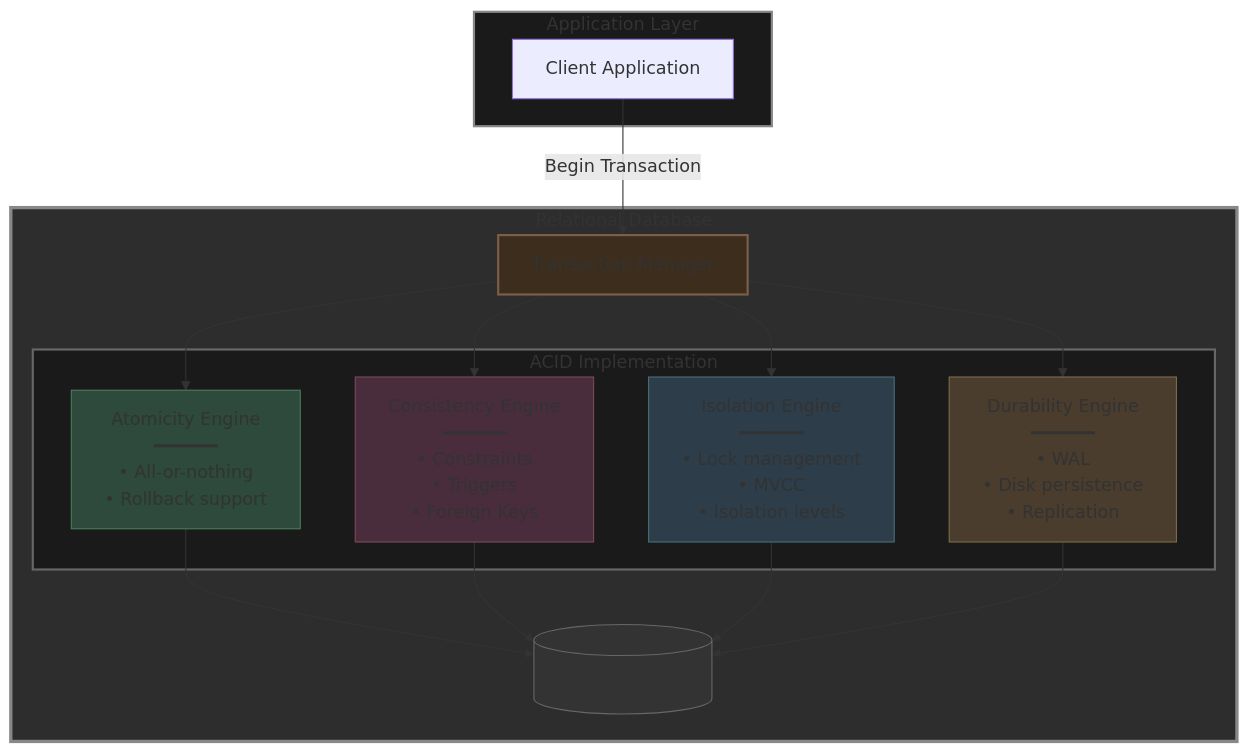
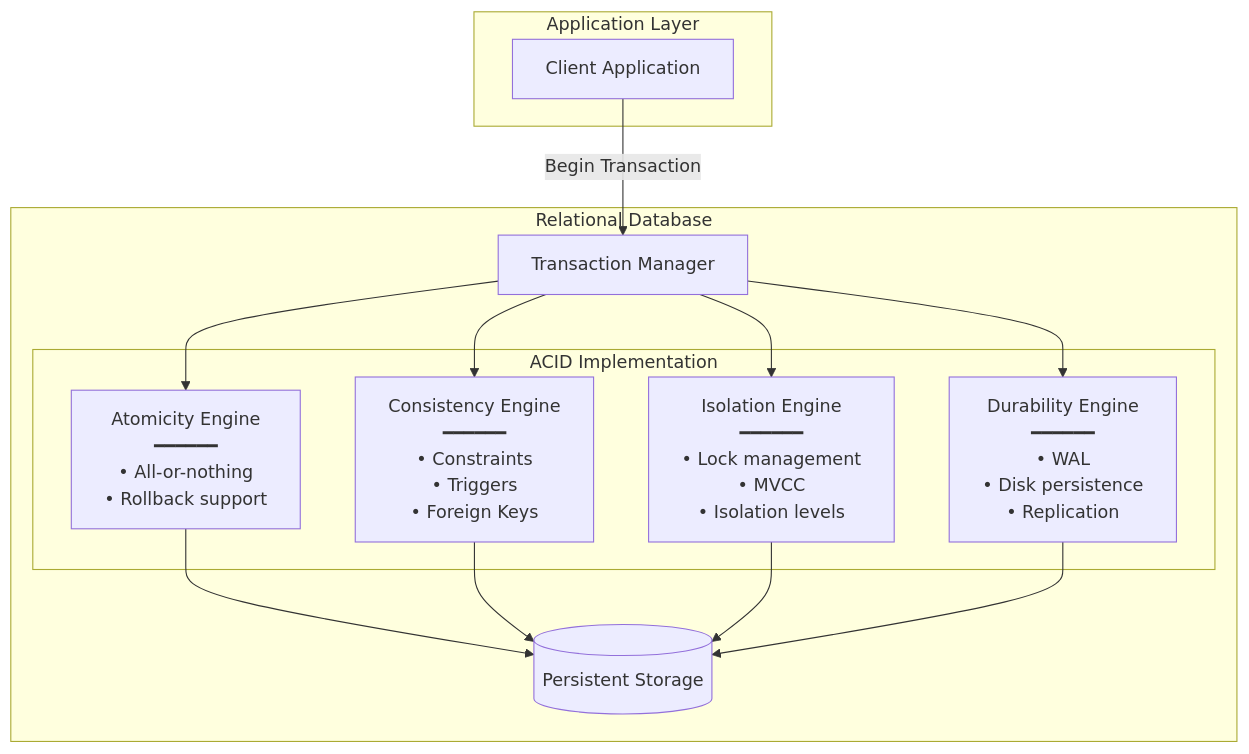
One commit to Yash-Kavaiya/The-System-Design-Masterclass changed the ninth of 9 diagrams in system design beginner/55. Relational Databases.md. Above: the diagram before and after it, drawn with Mermaid. The commit also changed other lines of this file, not shown here.

````diff
--- a/system design beginner/55. Relational Databases.md
+++ b/system design beginner/55. Relational Databases.md
@@ -416,43 +375,34 @@
 ```mermaid
 graph TB
     subgraph APP[Application Layer]
         CLIENT[Client Application]
     end
     
     subgraph DB[Relational Database]
         TXN_MGR[Transaction Manager]
         
         subgraph ACID_IMPL[ACID Implementation]
             A_IMPL[Atomicity Engine<br/>━━━━━━<br/>• All-or-nothing<br/>• Rollback support]
             
             C_IMPL[Consistency Engine<br/>━━━━━━<br/>• Constraints<br/>• Triggers<br/>• Foreign Keys]
             
             I_IMPL[Isolation Engine<br/>━━━━━━<br/>• Lock management<br/>• MVCC<br/>• Isolation levels]
             
             D_IMPL[Durability Engine<br/>━━━━━━<br/>• WAL<br/>• Disk persistence<br/>• Replication]
         end
         
         STORAGE[(Persistent Storage)]
     end
     
     CLIENT -->|Begin Transaction| TXN_MGR
     TXN_MGR --> A_IMPL
     TXN_MGR --> C_IMPL
     TXN_MGR --> I_IMPL
     TXN_MGR --> D_IMPL
     
     A_IMPL --> STORAGE
     C_IMPL --> STORAGE
     I_IMPL --> STORAGE
     D_IMPL --> STORAGE
     
-    style APP fill:#1a1a1a,stroke:#888,stroke-width:2px
-    style DB fill:#2d2d2d,stroke:#888,stroke-width:3px
-    style ACID_IMPL fill:#1a1a1a,stroke:#666,stroke-width:2px
-    style TXN_MGR fill:#3d2d1c,stroke:#7c5d4a,stroke-width:2px
-    style A_IMPL fill:#2d4a3c,stroke:#4a7c5c
-    style C_IMPL fill:#4a2d3c,stroke:#7c4a5c
-    style I_IMPL fill:#2d3d4a,stroke:#4a6d7c
-    style D_IMPL fill:#4a3d2d,stroke:#7c6d4a
-    style STORAGE fill:#333,stroke:#666
 ```
````
